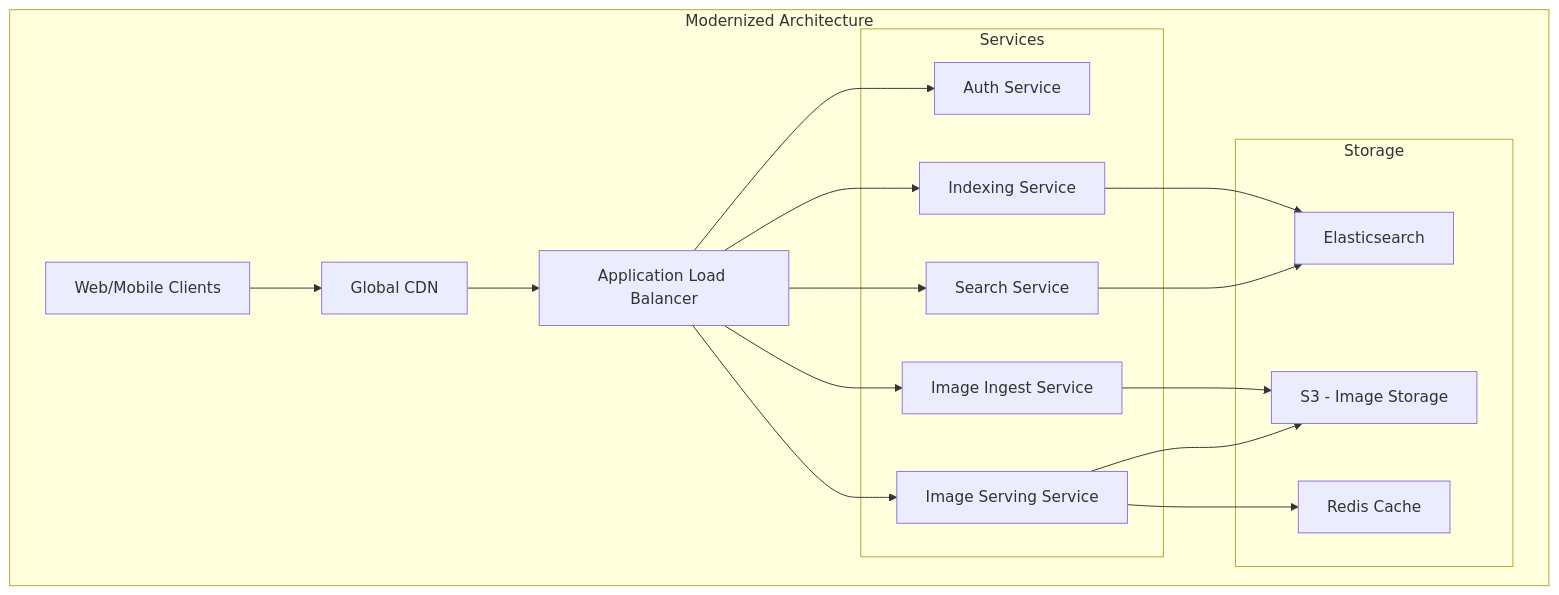
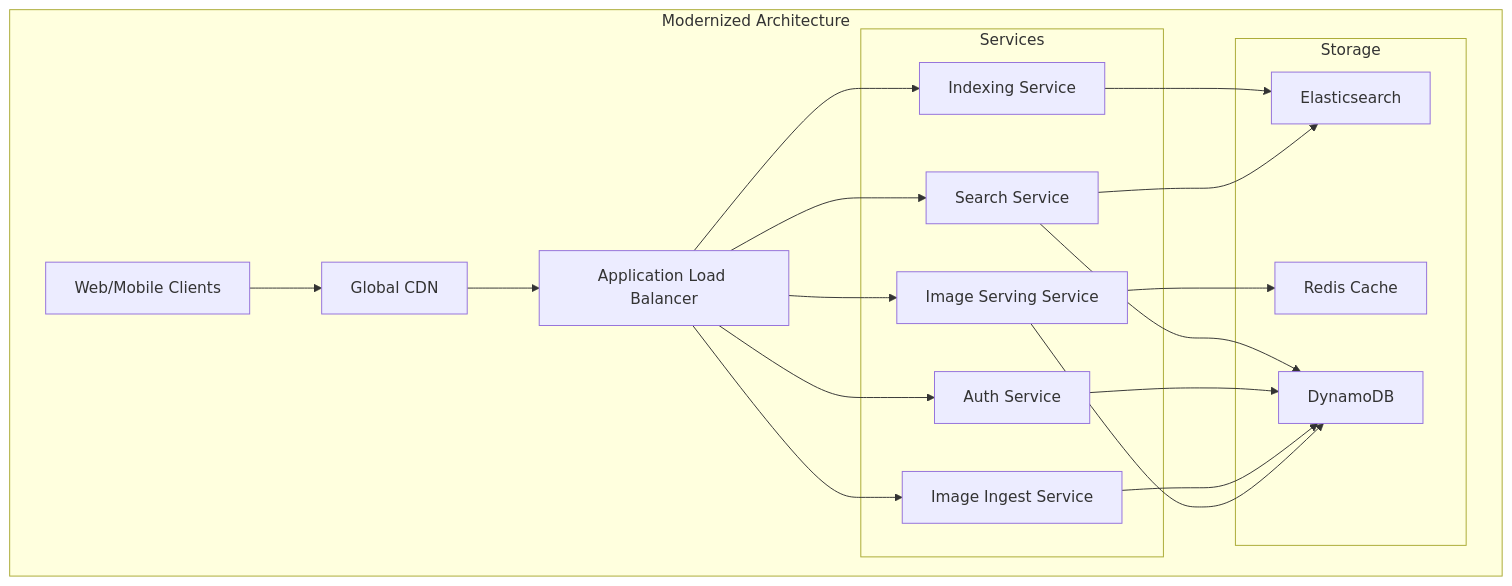
One commit to asifmasroorDevOpsengineer/arch1 changed the seventh of 15 diagrams in README.md. Above: the diagram before and after it, drawn with Mermaid. The commit also changed other lines of this file, not shown here.

````diff
--- a/README.md
+++ b/README.md
@@ -301,36 +314,38 @@
 ```mermaid
 graph TD
     subgraph "Modernized Architecture"
     Client[Web/Mobile Clients]
     CDN[Global CDN]
     ALB[Application Load Balancer]
     
     subgraph "Services"
         Auth[Auth Service]
         Search[Search Service]
         Ingest[Image Ingest Service]
         Serve[Image Serving Service]
         Index[Indexing Service]
     end
     
     subgraph "Storage"
         ES[Elasticsearch]
-        S3[S3 - Image Storage]
         Cache[Redis Cache]
+        DDB[DynamoDB]
     end
     
     Client --> CDN
     CDN --> ALB
     ALB --> Auth
     ALB --> Search
     ALB --> Serve
     ALB --> Ingest
     ALB --> Index
     
     Search --> ES
-    Serve --> S3
     Serve --> Cache
-    Ingest --> S3
+    Serve --> DDB
+    Ingest --> DDB
     Index --> ES
+    Auth --> DDB
+    Search --> DDB
     end
 ```
````
